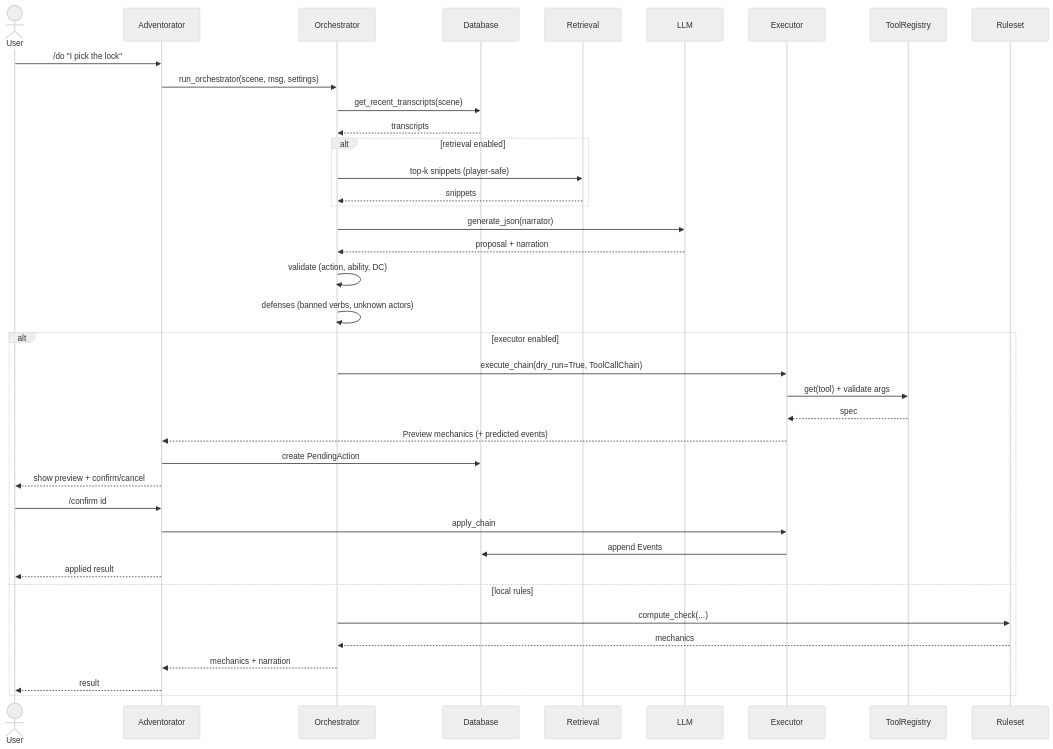
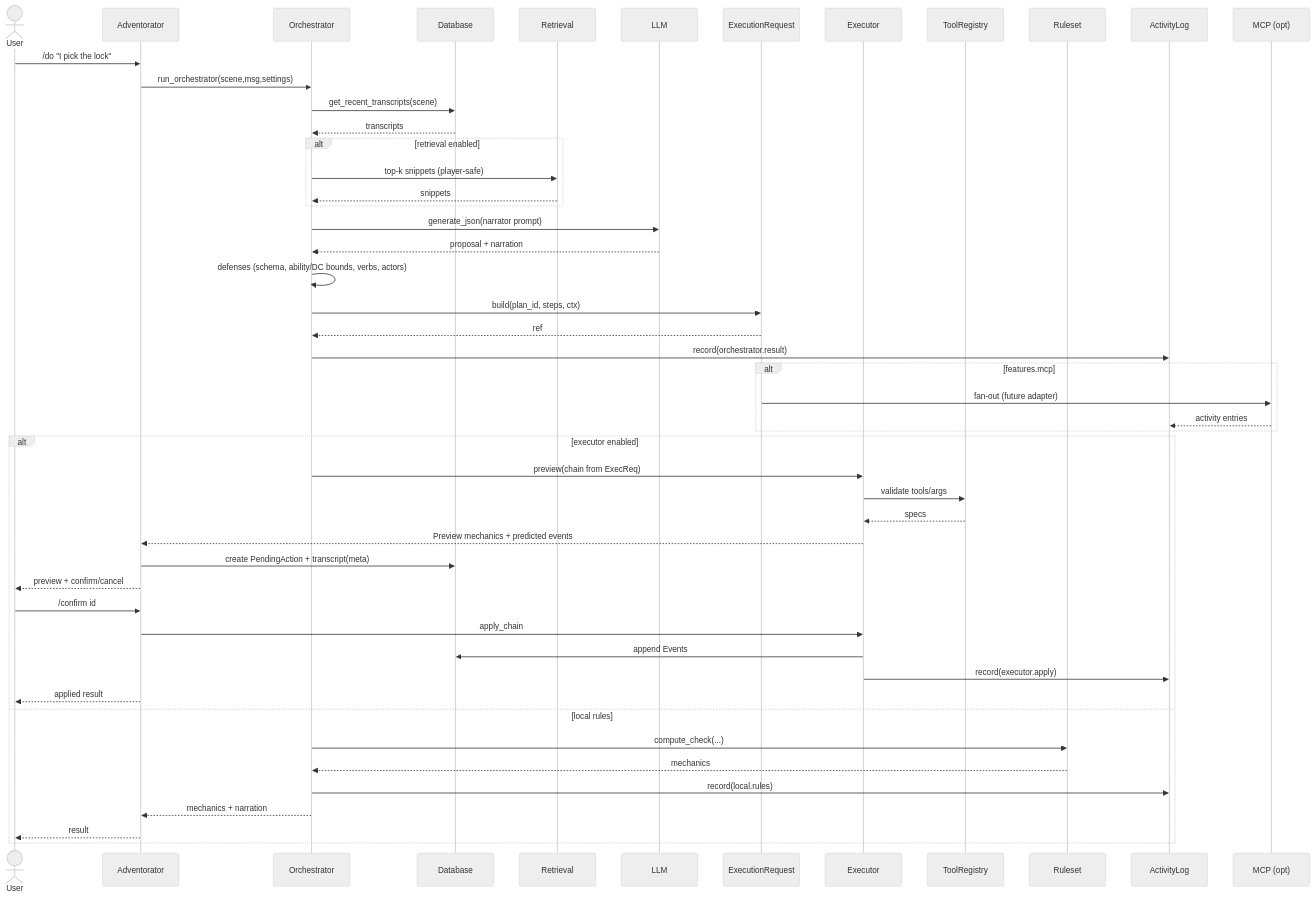
Before and after one commit to crashtestbrandt/Adventorator: the third of 3 diagrams in README.md, drawn with Mermaid (neutral theme). The commit also changed other lines of this file and 12 other files, not shown here.

````diff
--- a/README.md
+++ b/README.md
@@ -253,42 +297,53 @@
 ```mermaid
 sequenceDiagram
   actor User
   participant App as Adventorator
   participant Orc as Orchestrator
   participant DB as Database
   participant Retrieval as Retrieval
   participant LLM as LLM
+  participant ExecReq as ExecutionRequest
   participant Exec as Executor
   participant Registry as ToolRegistry
   participant Rules as Ruleset
+  participant ALog as ActivityLog
+  participant MCP as MCP (opt)
 
   User->>App: /do "I pick the lock"
-  App->>Orc: run_orchestrator(scene, msg, settings)
+  App->>Orc: run_orchestrator(scene,msg,settings)
   Orc->>DB: get_recent_transcripts(scene)
   DB-->>Orc: transcripts
   alt retrieval enabled
     Orc->>Retrieval: top-k snippets (player-safe)
     Retrieval-->>Orc: snippets
   end
-  Orc->>LLM: generate_json(narrator)
+  Orc->>LLM: generate_json(narrator prompt)
   LLM-->>Orc: proposal + narration
-  Orc->>Orc: validate (action, ability, DC)
-  Orc->>Orc: defenses (banned verbs, unknown actors)
+  Orc->>Orc: defenses (schema, ability/DC bounds, verbs, actors)
+  Orc->>ExecReq: build(plan_id, steps, ctx)
+  ExecReq-->>Orc: ref
+  Orc->>ALog: record(orchestrator.result)
+  alt features.mcp
+    ExecReq->>MCP: fan-out (future adapter)
+    MCP-->>ALog: activity entries
+  end
   alt executor enabled
-    Orc->>Exec: execute_chain(dry_run=True, ToolCallChain)
-    Exec->>Registry: get(tool) + validate args
-    Registry-->>Exec: spec
-    Exec-->>App: Preview mechanics (+ predicted events)
-    App->>DB: create PendingAction
-    App-->>User: show preview + confirm/cancel
+    Orc->>Exec: preview(chain from ExecReq)
+    Exec->>Registry: validate tools/args
+    Registry-->>Exec: specs
+    Exec-->>App: Preview mechanics + predicted events
+    App->>DB: create PendingAction + transcript(meta)
+    App-->>User: preview + confirm/cancel
     User->>App: /confirm id
     App->>Exec: apply_chain
     Exec->>DB: append Events
+    Exec->>ALog: record(executor.apply)
     App-->>User: applied result
   else local rules
     Orc->>Rules: compute_check(...)
     Rules-->>Orc: mechanics
+    Orc->>ALog: record(local.rules)
     Orc-->>App: mechanics + narration
     App-->>User: result
   end
 ```
````
